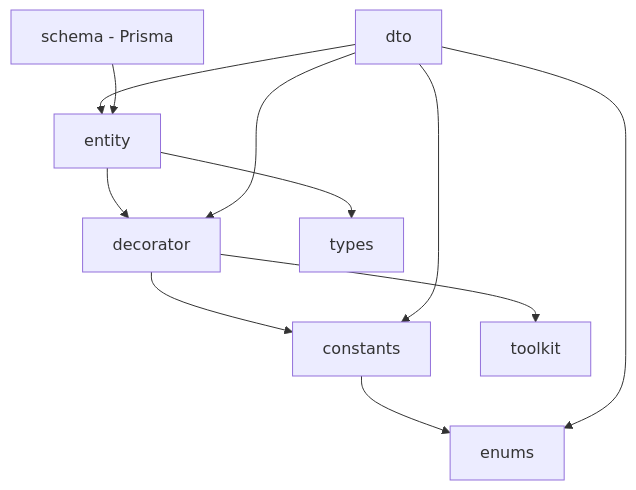
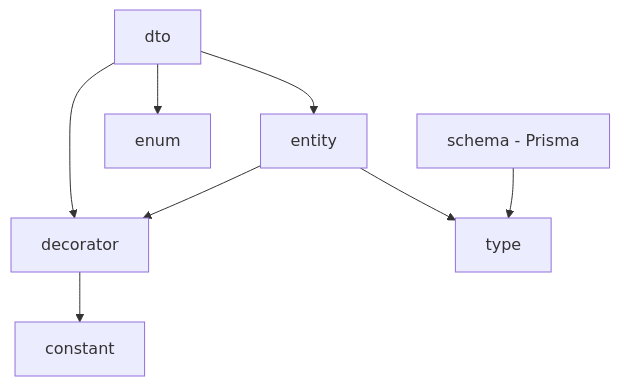
Before and after one commit to kimjoongwon/prj-plate: the diagram in docs/SCHEMA-REFACTORING.md, drawn with Mermaid. The commit also changed other lines of this file and 224 other files, not shown here.

````diff
--- a/docs/SCHEMA-REFACTORING.md
+++ b/docs/SCHEMA-REFACTORING.md
@@ -70,17 +108,13 @@
 ```mermaid
 graph TD
-    Constants[constants] --> Enums[enums]
+    DTO[dto] --> Entity[entity]
+    DTO --> Decorator[decorator]
+    DTO --> Enum[enum]
 
-    Decorator[decorator] --> Constants
-    Decorator --> Toolkit[toolkit]
+    Entity --> Decorator
+    Entity --> Type[type]
 
-    Entity[entity] --> Decorator
-    Entity --> Types[types]
+    Decorator --> Constant[constant]
 
-    DTO[dto] --> Entity
-    DTO --> Decorator
-    DTO --> Enums
-    DTO --> Constants
-
-    Schema[schema - Prisma] --> Entity
+    Schema[schema - Prisma] --> Type
 ```
````
